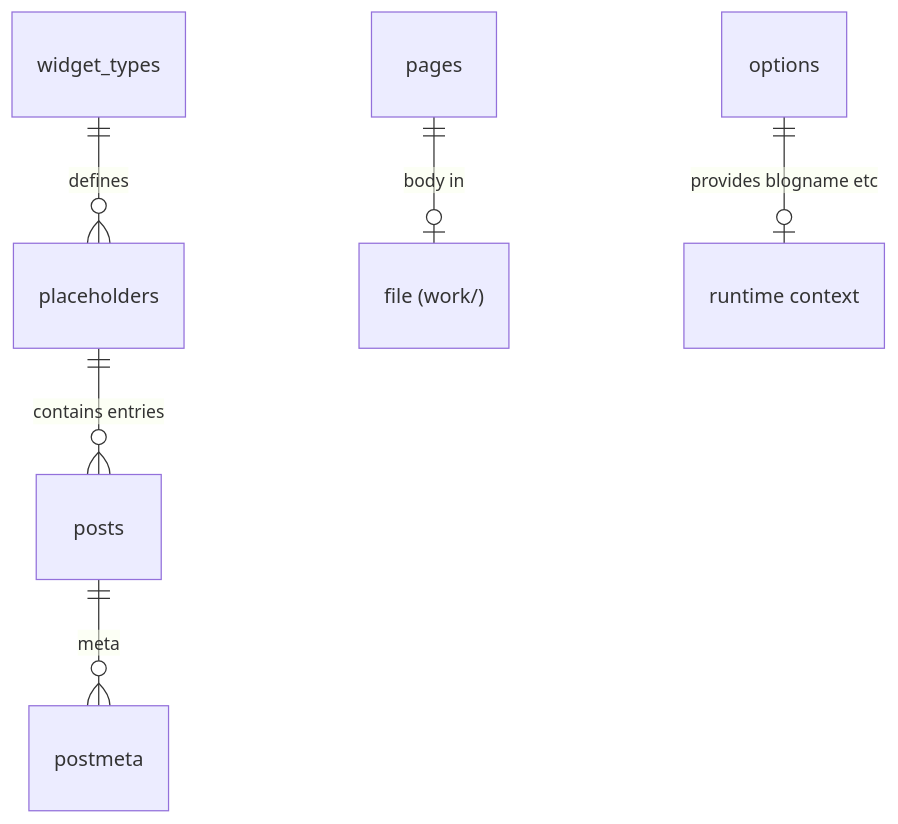
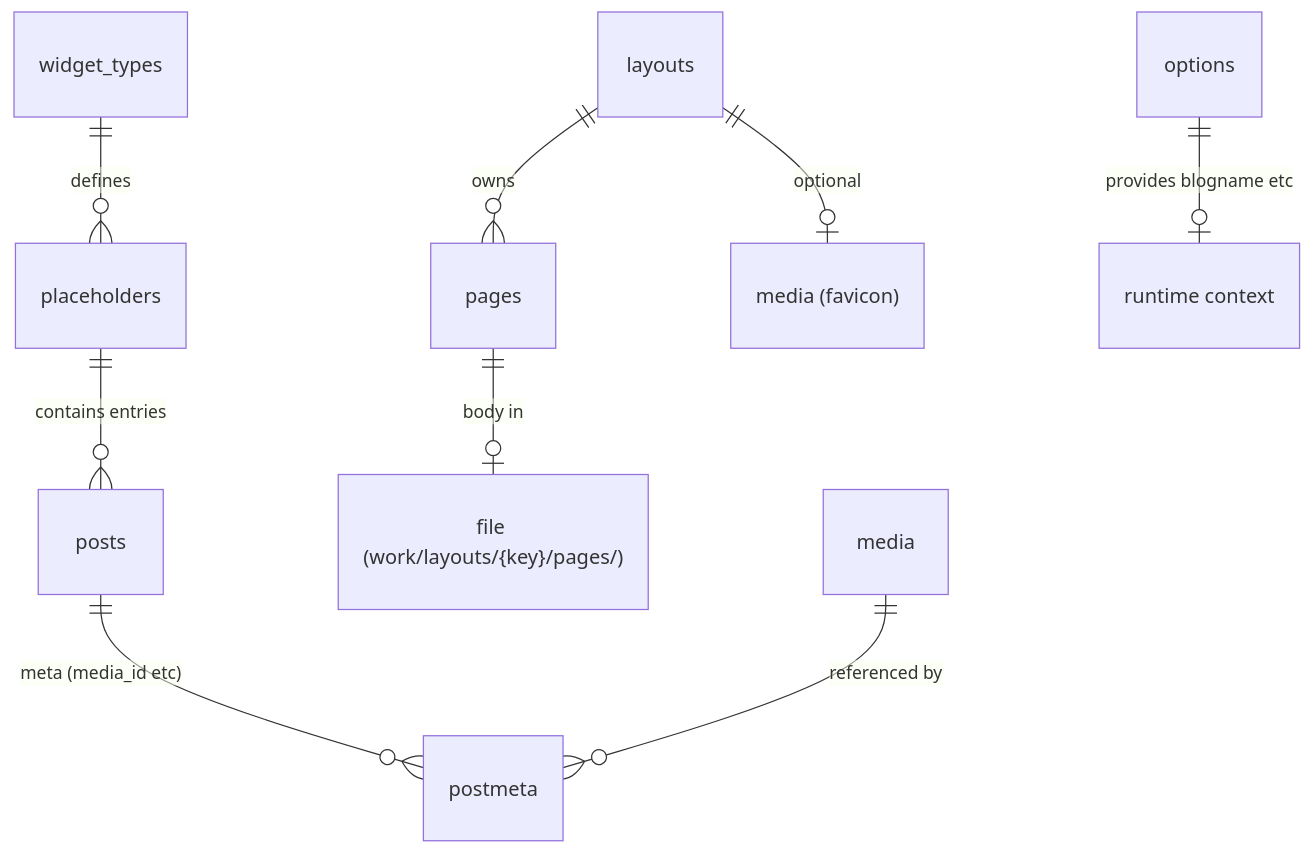
Before and after one commit to hypernumbernet/rust-sqlite-cms: the fourth of 5 diagrams in doc/PLAN.md, drawn with Mermaid. The commit also changed other lines of this file and 1 other file, not shown here.

````diff
--- a/doc/PLAN.md
+++ b/doc/PLAN.md
@@ -262,8 +283,11 @@
 ```mermaid
 erDiagram
+  layouts ||--o{ pages : "owns"
   widget_types ||--o{ placeholders : "defines"
   placeholders ||--o{ posts : "contains entries"
-  posts ||--o{ postmeta : "meta"
-  pages ||--o| "file (work/)" : "body in"
+  posts ||--o{ postmeta : "meta (media_id etc)"
+  pages ||--o| "file (work/layouts/{key}/pages/)" : "body in"
+  media ||--o{ postmeta : "referenced by"
   options ||--o| "runtime context" : "provides blogname etc"
+  layouts ||--o| "media (favicon)" : "optional"
 ```
````
